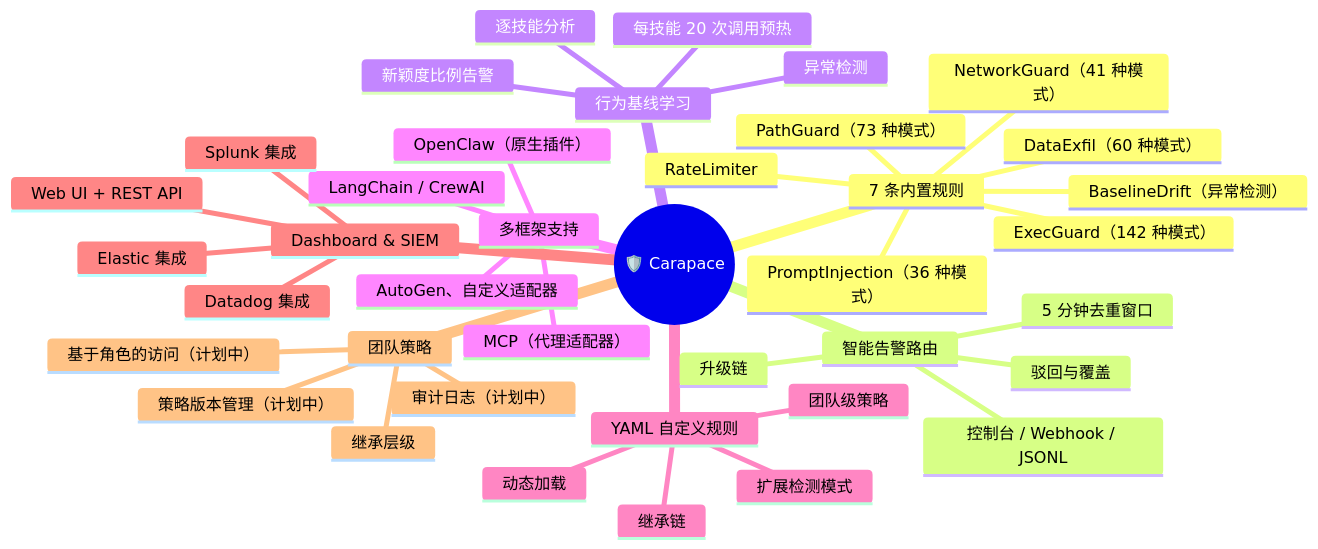
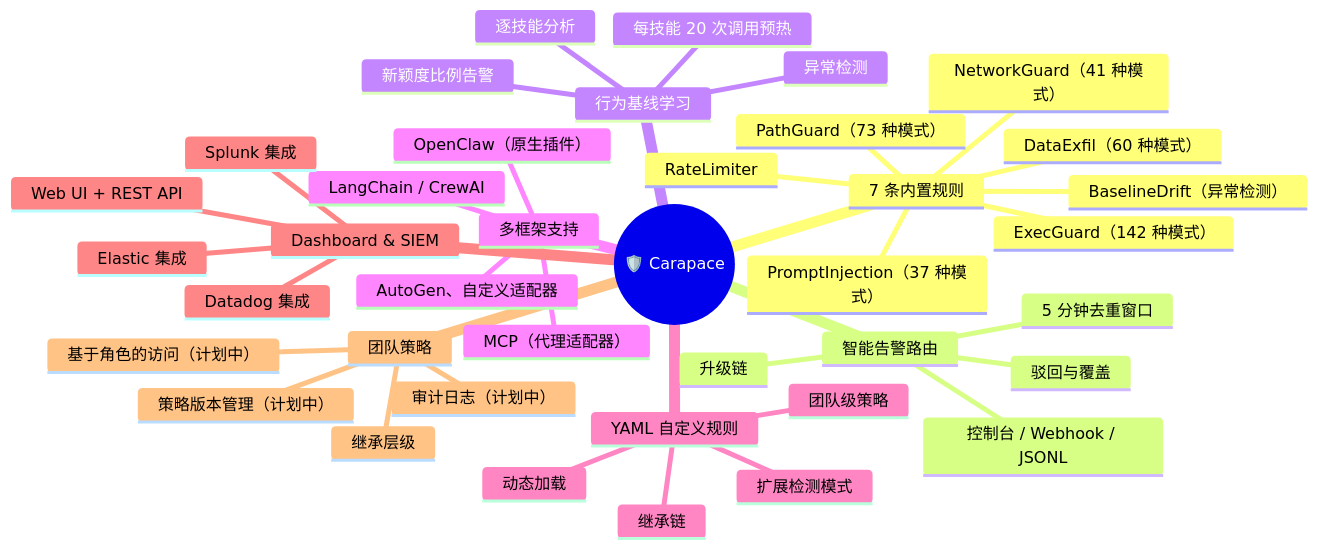
One commit to yeasy/carapace changed the first of 4 diagrams in README.zh-CN.md. Above: the diagram before and after it, drawn with Mermaid. The commit also changed other lines of this file and 2 other files, not shown here.

````diff
--- a/README.zh-CN.md
+++ b/README.zh-CN.md
@@ -70,42 +70,42 @@
 ```mermaid
 mindmap
   root((🛡️ Carapace))
     7 条内置规则
       ExecGuard（142 种模式）
       PathGuard（73 种模式）
       NetworkGuard（41 种模式）
       RateLimiter
-      PromptInjection（36 种模式）
+      PromptInjection（37 种模式）
       DataExfil（60 种模式）
       BaselineDrift（异常检测）
     智能告警路由
       5 分钟去重窗口
       升级链
       驳回与覆盖
       控制台 / Webhook / JSONL
     行为基线学习
       每技能 20 次调用预热
       逐技能分析
       异常检测
       新颖度比例告警
     多框架支持
       OpenClaw（原生插件）
       MCP（代理适配器）
       LangChain / CrewAI
       AutoGen、自定义适配器
     YAML 自定义规则
       扩展检测模式
       团队级策略
       继承链
       动态加载
     Dashboard & SIEM
       Web UI + REST API
       Splunk 集成
       Elastic 集成
       Datadog 集成
     团队策略
       继承层级
       基于角色的访问（计划中）
       策略版本管理（计划中）
       审计日志（计划中）
 ```
````
